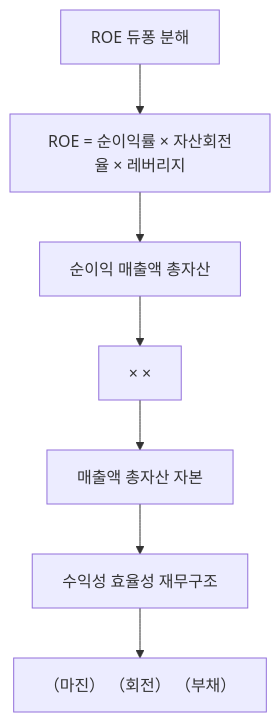
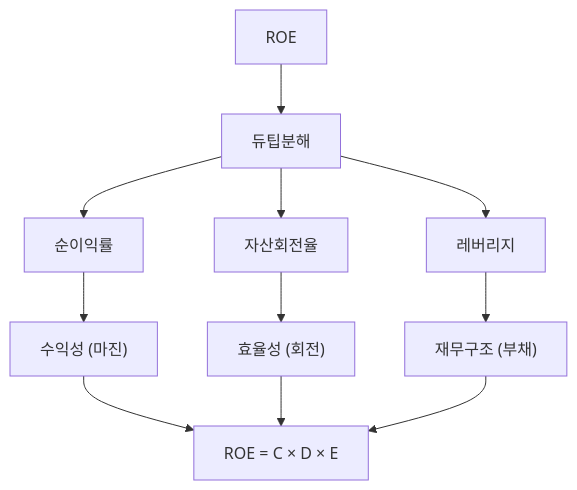
The diagram in content/stock-terms/ko/level-04-ratios/roe.md (yeongseon/stock-visual-note), drawn with Mermaid before and after one commit. The commit also changed other lines of this file and 96 other files, not shown here.

Commit message:
Rewrite all 98 remaining articles: branching Mermaid diagrams, natural search_intent, compelling seo_titles, clean descriptions

````diff
--- a/content/stock-terms/ko/level-04-ratios/roe.md
+++ b/content/stock-terms/ko/level-04-ratios/roe.md
@@ -39,16 +39,14 @@
 ```mermaid
 graph TD
-    A0["ROE 듀퐁 분해"]
-    A1["ROE = 순이익률 × 자산회전율 × 레버리지"]
-    A2["순이익 매출액 총자산"]
-    A3["× ×"]
-    A4["매출액 총자산 자본"]
-    A5["수익성 효율성 재무구조"]
-    A6["（마진） （회전） （부채）"]
-    A0 --> A1
-    A1 --> A2
-    A2 --> A3
-    A3 --> A4
-    A4 --> A5
-    A5 --> A6
+    A["ROE"]
+    A --> B["듀팁분해"]
+    B --> C["순이익률"]
+    B --> D["자산회전율"]
+    B --> E["레버리지"]
+    C --> F["수익성 (마진)"]
+    D --> G["효율성 (회전)"]
+    E --> H["재무구조 (부채)"]
+    F --> I["ROE = C × D × E"]
+    G --> I
+    H --> I
 ```
````
